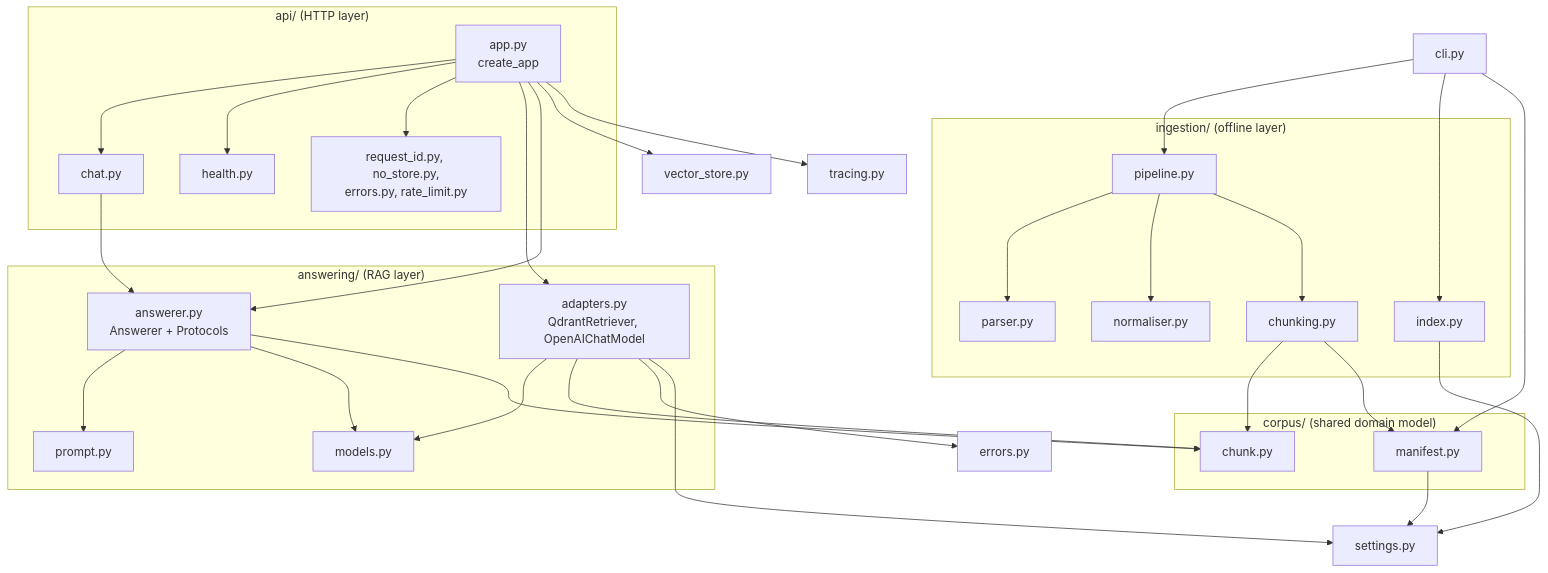
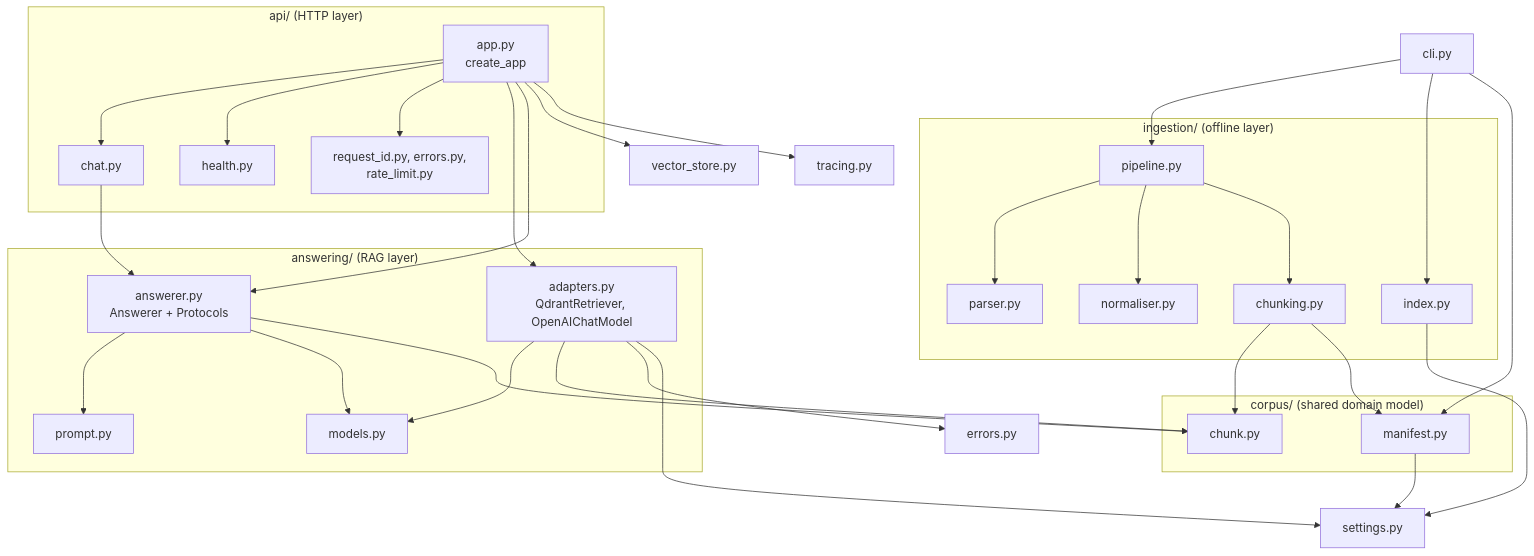
One commit to NaveenManjappa/hr-assist changed the third of 14 diagrams in docs/developer-guide.md. Above: the diagram before and after it, drawn with Mermaid. The commit also changed other lines of this file and 8 other files, not shown here.

````diff
--- a/docs/developer-guide.md
+++ b/docs/developer-guide.md
@@ -212,45 +212,45 @@
 ```mermaid
 flowchart TB
     subgraph api["api/ (HTTP layer)"]
         APP["app.py<br/>create_app"]
         CHAT["chat.py"]
         HEALTH["health.py"]
-        MW["request_id.py, no_store.py,<br/>errors.py, rate_limit.py"]
+        MW["request_id.py, errors.py,<br/>rate_limit.py"]
     end
     subgraph answering["answering/ (RAG layer)"]
         ANS["answerer.py<br/>Answerer + Protocols"]
         PR["prompt.py"]
         MOD["models.py"]
         AD["adapters.py<br/>QdrantRetriever, OpenAIChatModel"]
     end
     subgraph ingestion["ingestion/ (offline layer)"]
         PIPE["pipeline.py"]
         PARSE["parser.py"]
         NORM["normaliser.py"]
         CHK["chunking.py"]
         IDX["index.py"]
     end
     subgraph corpus["corpus/ (shared domain model)"]
         MANI["manifest.py"]
         CHUNK["chunk.py"]
     end
     SET["settings.py"]
     ERR["errors.py"]
     VS["vector_store.py"]
     TR["tracing.py"]
     CLIM["cli.py"]
 
     APP --> CHAT & HEALTH & MW
     APP --> AD & ANS & VS & TR
     CHAT --> ANS
     ANS --> PR & MOD
     AD --> MOD
     ANS --> CHUNK
     AD --> CHUNK & ERR
     CLIM --> PIPE & IDX & MANI
     PIPE --> PARSE & NORM & CHK
     CHK --> CHUNK & MANI
     MANI --> SET
     AD --> SET
     IDX --> SET
 ```
````
